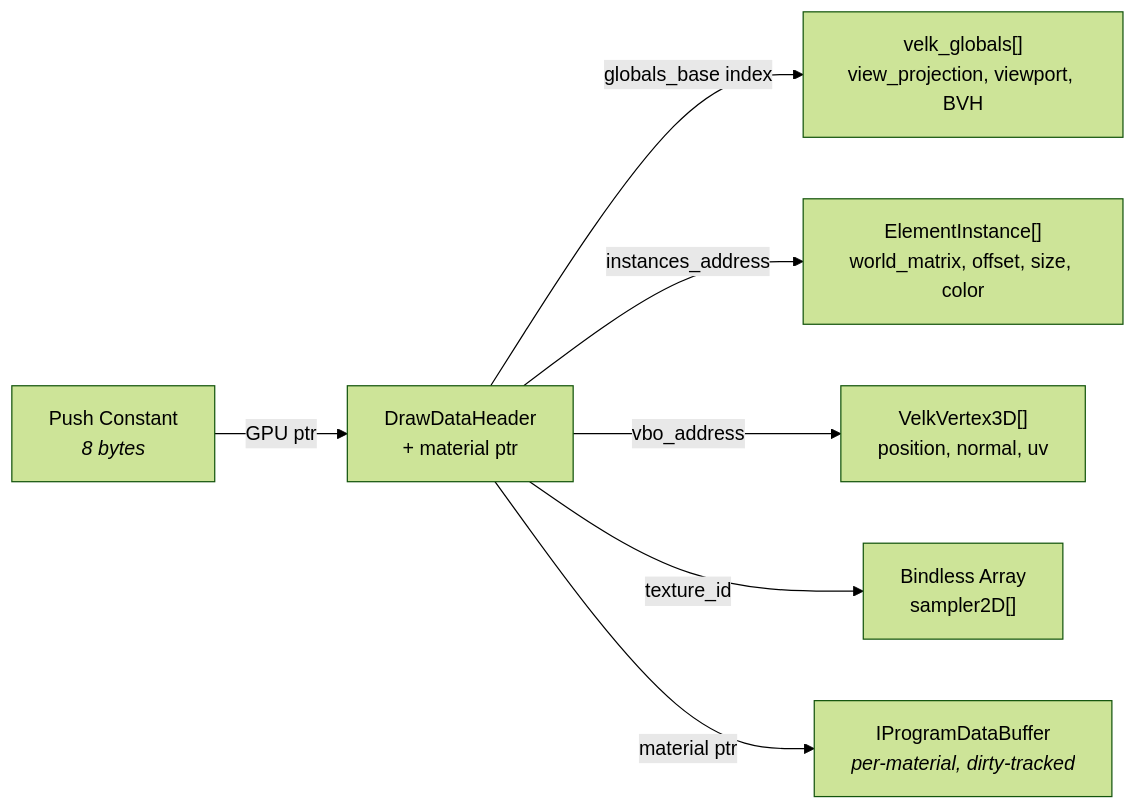
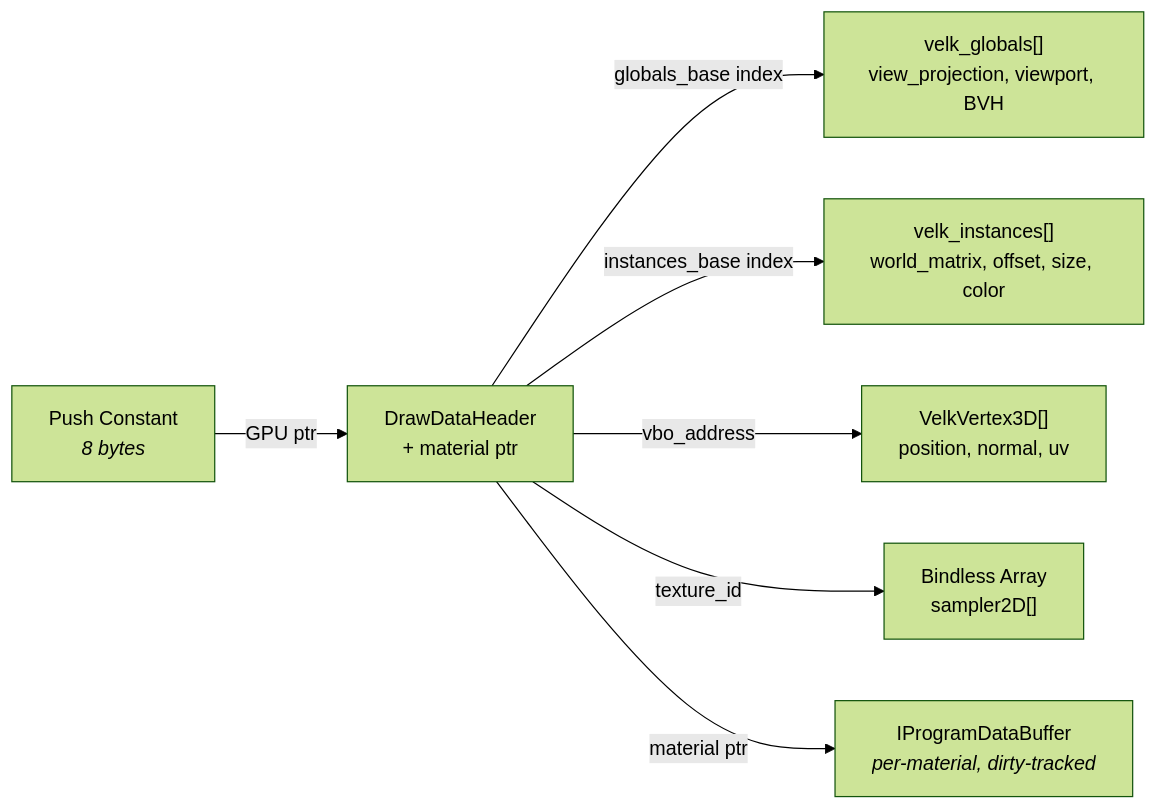
The third of 5 diagrams in docs/render/render-backend.md (ljaaskela/velk-platform), drawn with Mermaid (forest theme) before and after one commit. The commit also changed other lines of this file and 19 other files, not shown here.

Commit message:
Index-based instances

````diff
--- a/docs/render/render-backend.md
+++ b/docs/render/render-backend.md
@@ -221,9 +221,9 @@
 ```mermaid
 graph LR
     PC["Push Constant<br/><i>8 bytes</i>"] -->|GPU ptr| DDH["DrawDataHeader<br/>+ material ptr"]
     DDH -->|globals_base index| G["velk_globals[]<br/>view_projection, viewport, BVH"]
-    DDH -->|instances_address| I["ElementInstance[]<br/>world_matrix, offset, size, color"]
+    DDH -->|instances_base index| I["velk_instances[]<br/>world_matrix, offset, size, color"]
     DDH -->|vbo_address| V["VelkVertex3D[]<br/>position, normal, uv"]
     DDH -->|texture_id| T["Bindless Array<br/>sampler2D[]"]
     DDH -->|material ptr| M["IProgramDataBuffer<br/><i>per-material, dirty-tracked</i>"]
 ```
````
